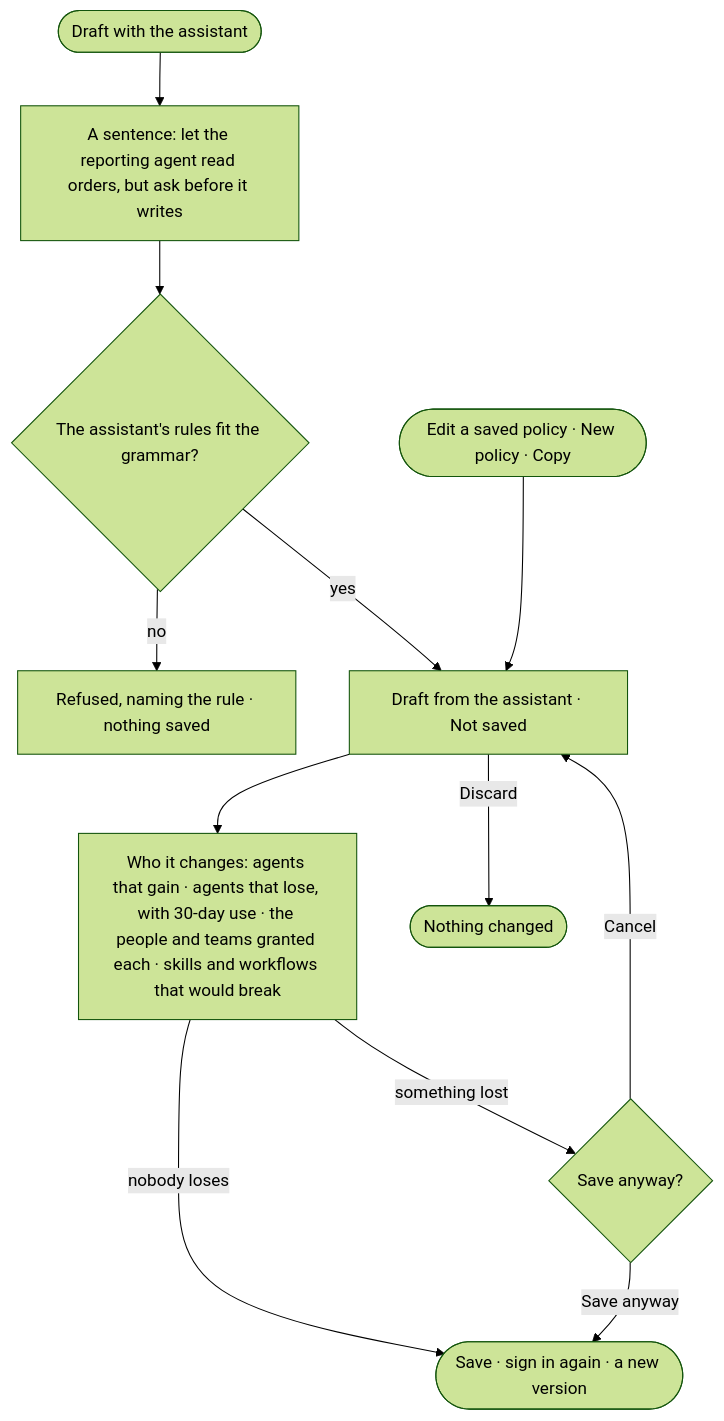
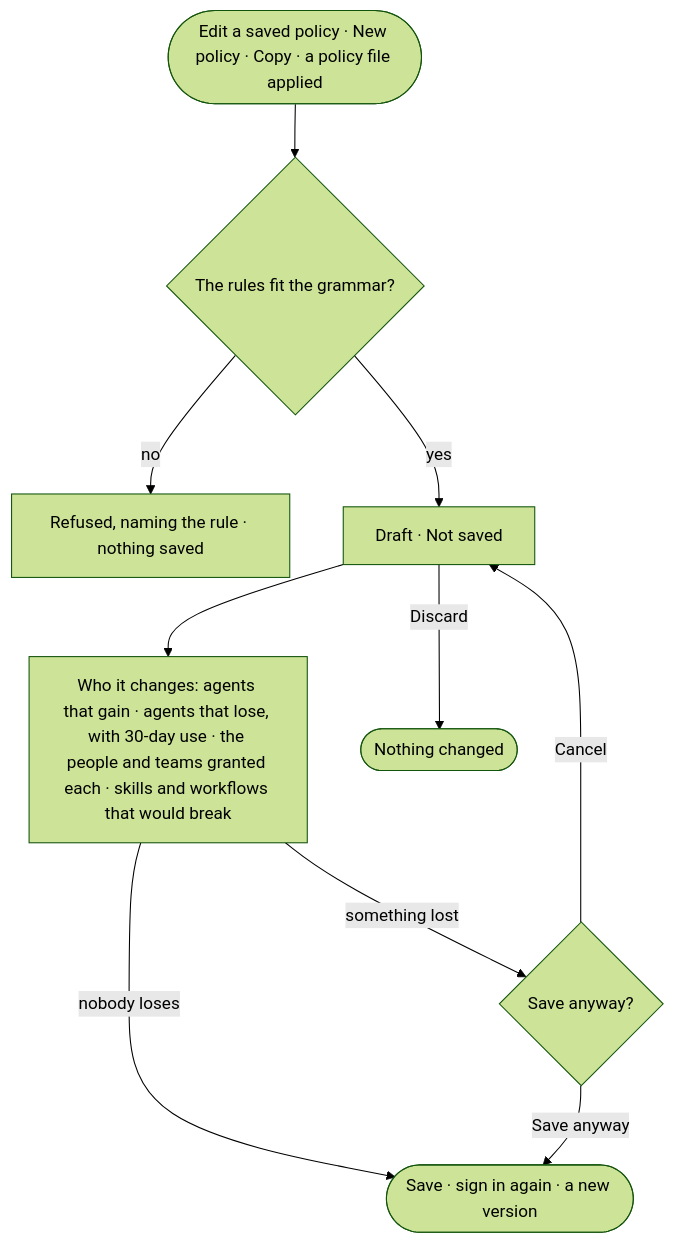
Before and after one commit to invana/invana: the diagram in specs/os/access/features/AC-F02-access-policies/stories/AC-06-draft-a-policy-and-see-who-it-changes/story.md, drawn with Mermaid (forest theme). The commit also changed other lines of this file and 47 other files, not shown here.

````diff
--- a/specs/os/access/features/AC-F02-access-policies/stories/AC-06-draft-a-policy-and-see-who-it-changes/story.md
+++ b/specs/os/access/features/AC-F02-access-policies/stories/AC-06-draft-a-policy-and-see-who-it-changes/story.md
@@ -27,14 +27,12 @@
 ```mermaid
 flowchart TD
-  s([Draft with the assistant]) --> w["A sentence: let the reporting agent read orders, but ask before it writes"]
-  w --> a{"The assistant's rules fit the grammar?"}
+  e([Edit a saved policy · New policy · Copy · a policy file applied]) --> a{"The rules fit the grammar?"}
   a -->|no| r["Refused, naming the rule · nothing saved"]
-  a -->|yes| d["Draft from the assistant · Not saved"]
-  e([Edit a saved policy · New policy · Copy]) --> d
+  a -->|yes| d["Draft · Not saved"]
   d --> imp["Who it changes: agents that gain · agents that lose, with 30-day use · the people and teams granted each · skills and workflows that would break"]
   imp -->|nobody loses| sv(["Save · sign in again · a new version"])
   imp -->|something lost| warn{"Save anyway?"}
   warn -->|Save anyway| sv
   warn -->|Cancel| d
   d -->|Discard| x(["Nothing changed"])
 ```
````
